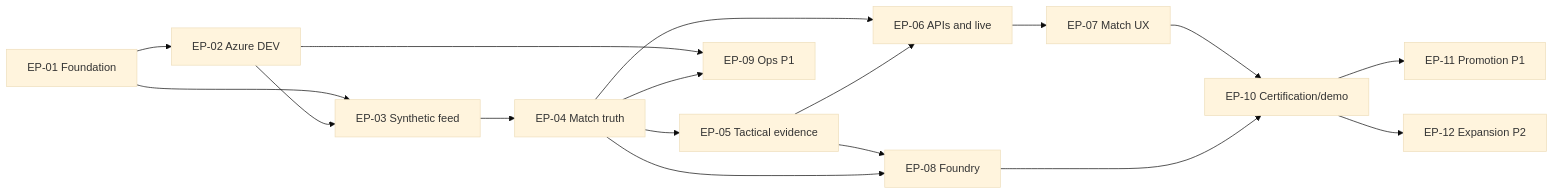
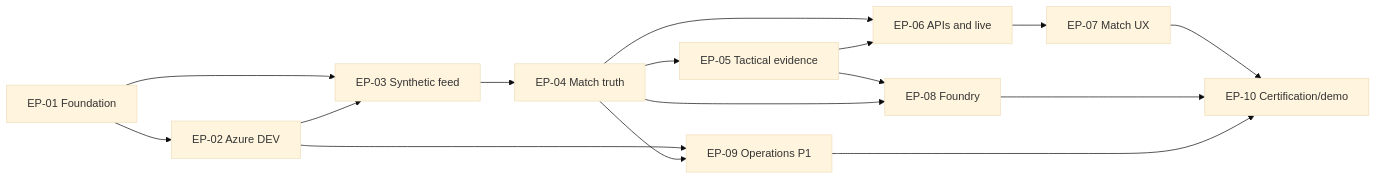
One commit to prateekgangopadhyay/PitchMind changed the diagram in docs/backlog/HACKATHON-MVP-EPICS.md. Above: the diagram before and after it, drawn with Mermaid (base theme). The commit also changed other lines of this file and 28 other files, not shown here.

````diff
--- a/docs/backlog/HACKATHON-MVP-EPICS.md
+++ b/docs/backlog/HACKATHON-MVP-EPICS.md
@@ -478,19 +430,18 @@
 ```mermaid
 flowchart LR
   E01[EP-01 Foundation] --> E02[EP-02 Azure DEV]
   E01 --> E03[EP-03 Synthetic feed]
   E02 --> E03
   E03 --> E04[EP-04 Match truth]
   E04 --> E05[EP-05 Tactical evidence]
   E04 --> E06[EP-06 APIs and live]
   E05 --> E06
   E06 --> E07[EP-07 Match UX]
   E05 --> E08[EP-08 Foundry]
   E04 --> E08
   E07 --> E10[EP-10 Certification/demo]
   E08 --> E10
-  E02 --> E09[EP-09 Ops P1]
+  E02 --> E09[EP-09 Operations P1]
   E04 --> E09
-  E10 --> E11[EP-11 Promotion P1]
-  E10 --> E12[EP-12 Expansion P2]
+  E09 --> E10
 ```
````
